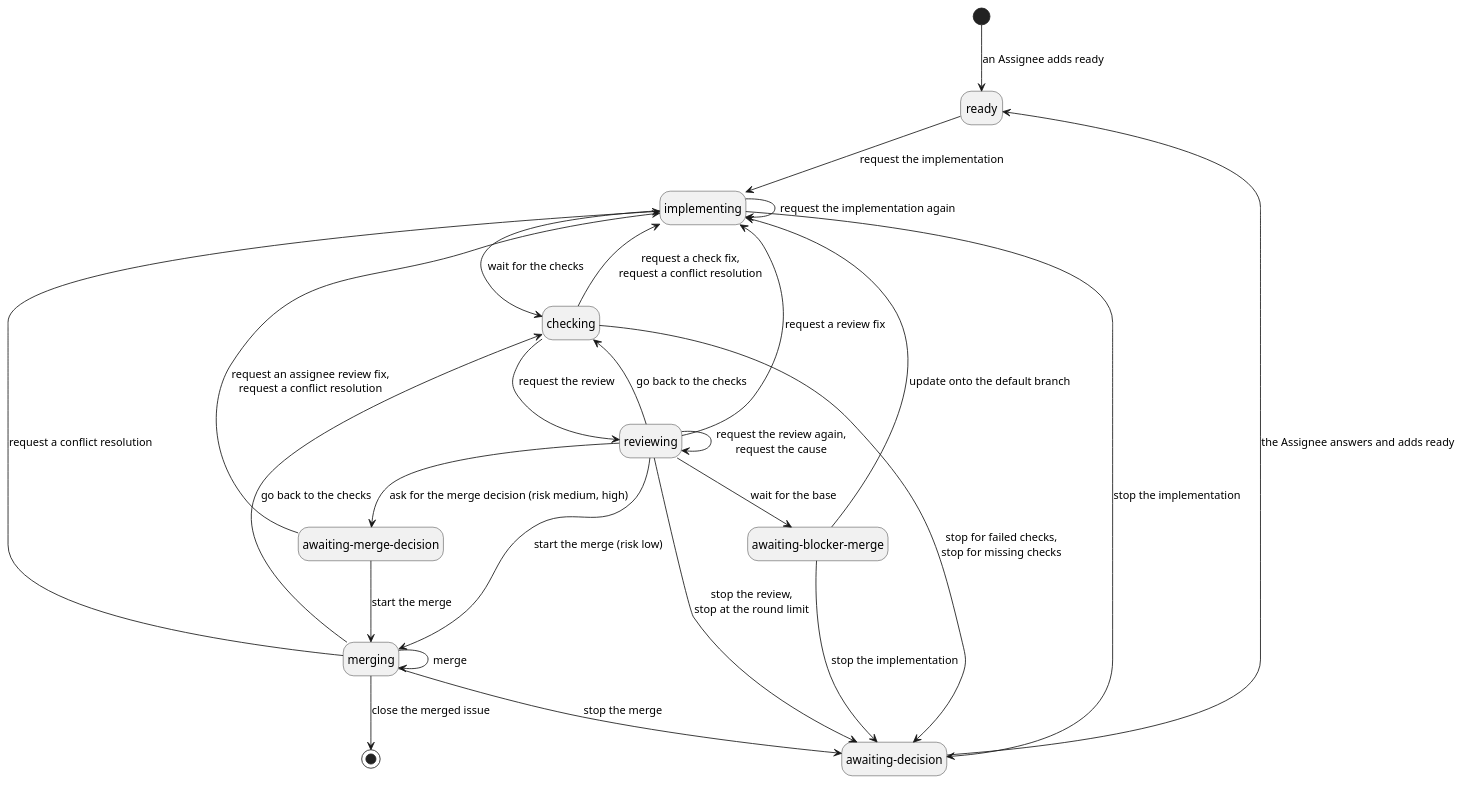
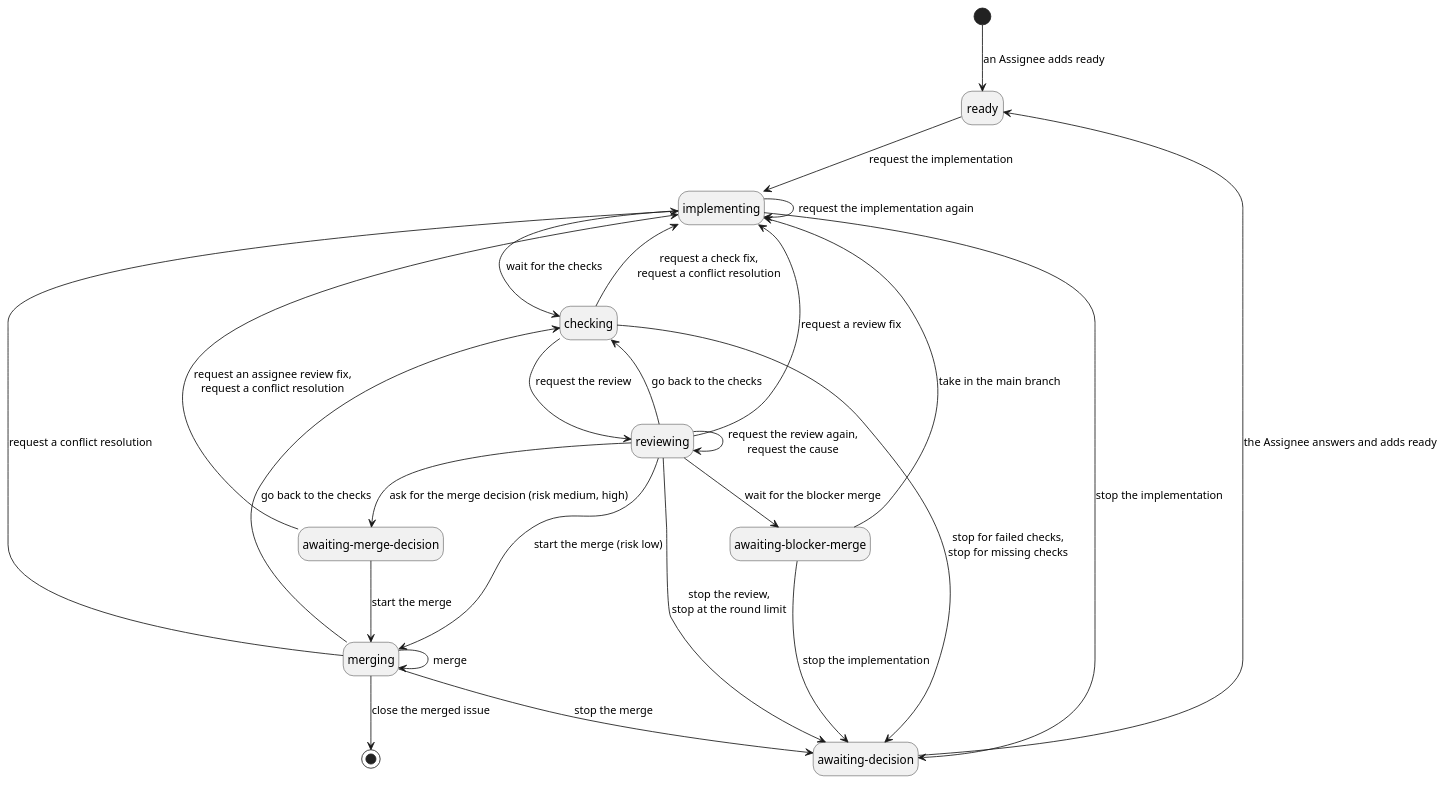
The diagram in docs/ja/requirements/implementation-issue-states.puml (cloveclovedev/cumin-works), drawn with PlantUML before and after one commit. The commit also changed 9 other files, not shown here.

First line of the commit message:
docs(requirements): move taking in the main branch and its stop rules from MERGE to IMPL

```diff
--- a/docs/ja/requirements/implementation-issue-states.puml
+++ b/docs/ja/requirements/implementation-issue-states.puml
@@ -1,45 +1,45 @@
 @startuml implementation-issue-states
 ' cumin-works - the states of an implementation issue, with the action names only.
 ' Each category page holds the guards and what cumin does
 ' (implementation, checks, review, merge).
 ' A state is a label on GitHub, written without "cumin/status/".
 ' Render: run scripts/render-diagrams.sh at the root of the repository.
 
 hide empty description
 
 state "ready" as Ready
 state "implementing" as Implementing
 state "checking" as Checking
 state "reviewing" as Reviewing
 state "awaiting-merge-decision" as MergeDecision
 state "awaiting-blocker-merge" as AwaitingBase
 state "merging" as Merging
 state "awaiting-decision" as Decision
 
 [*] --> Ready : an Assignee adds ready
 Ready --> Implementing : request the implementation
 Implementing --> Implementing : request the implementation again
 Implementing --> Checking : wait for the checks
 Implementing --> Decision : stop the implementation
 Checking --> Implementing : request a check fix,\nrequest a conflict resolution
 Checking --> Decision : stop for failed checks,\nstop for missing checks
 Checking --> Reviewing : request the review
 Reviewing --> Reviewing : request the review again,\nrequest the cause
 Reviewing --> Implementing : request a review fix
 Reviewing --> Checking : go back to the checks
 Reviewing --> Decision : stop the review,\nstop at the round limit
 Reviewing --> Merging : start the merge (risk low)
 Reviewing --> MergeDecision : ask for the merge decision (risk medium, high)
-Reviewing --> AwaitingBase : wait for the base
+Reviewing --> AwaitingBase : wait for the blocker merge
 MergeDecision --> Merging : start the merge
 MergeDecision --> Implementing : request an assignee review fix,\nrequest a conflict resolution
-AwaitingBase --> Implementing : update onto the default branch
+AwaitingBase --> Implementing : take in the main branch
 AwaitingBase --> Decision : stop the implementation
 Merging --> Merging : merge
 Merging --> Checking : go back to the checks
 Merging --> Implementing : request a conflict resolution
 Merging --> Decision : stop the merge
 Merging --> [*] : close the merged issue
 Decision --> Ready : the Assignee answers and adds ready
 
 @enduml
```
